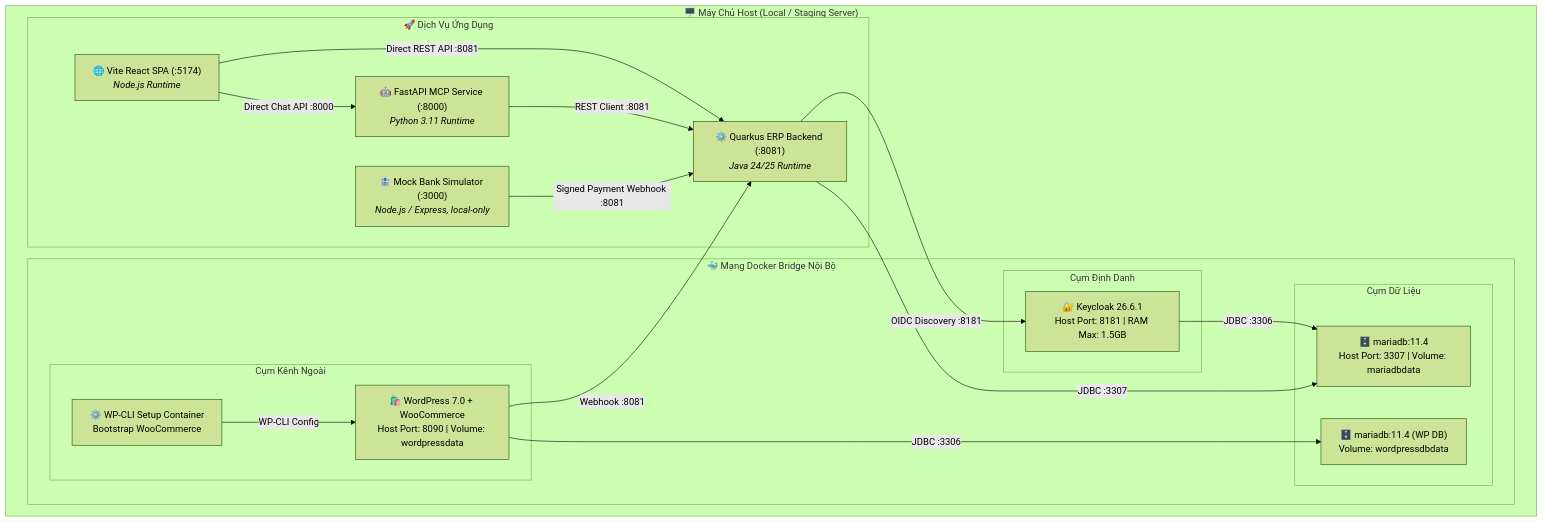
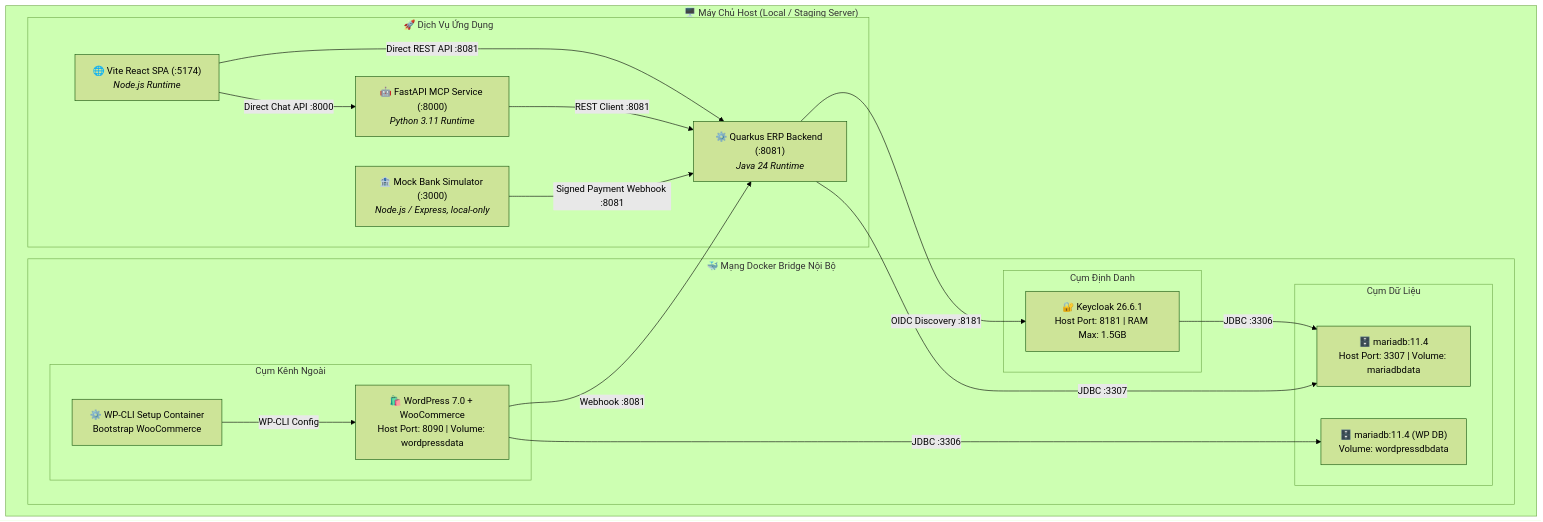
One commit to nhimtjofc/v-erp-lite changed diagram 14 of 17 in docs/ARCHITECTURE_ARC42.md. Above: the diagram before and after it, drawn with Mermaid (forest theme). The commit also changed other lines of this file, not shown here.

Commit message:
sửa lại diagram cho từng luồng

````diff
--- a/docs/ARCHITECTURE_ARC42.md
+++ b/docs/ARCHITECTURE_ARC42.md
@@ -697,39 +697,39 @@
 ```mermaid
 flowchart TB
     subgraph HostServer ["🖥️ Máy Chủ Host (Local / Staging Server)"]
         subgraph DockerNet ["🐳 Mạng Docker Bridge Nội Bộ"]
             subgraph DataContainers ["Cụm Dữ Liệu"]
                 MDB["🗄️ mariadb:11.4<br>Host Port: 3307 | Volume: mariadbdata"]
                 WPDB["🗄️ mariadb:11.4 (WP DB)<br>Volume: wordpressdbdata"]
             end
 
             subgraph AuthContainers ["Cụm Định Danh"]
                 KC["🔐 Keycloak 26.6.1<br>Host Port: 8181 | RAM Max: 1.5GB"]
             end
 
             subgraph WebContainers ["Cụm Kênh Ngoài"]
                 WP["🛍️ WordPress 7.0 + WooCommerce<br>Host Port: 8090 | Volume: wordpressdata"]
                 WPCli["⚙️ WP-CLI Setup Container<br>Bootstrap WooCommerce"]
             end
         end
 
         subgraph LocalApps ["🚀 Dịch Vụ Ứng Dụng"]
-            BE["⚙️ Quarkus ERP Backend (:8081)<br><i>Java 24/25 Runtime</i>"]
+            BE["⚙️ Quarkus ERP Backend (:8081)<br><i>Java 24 Runtime</i>"]
             FE["🌐 Vite React SPA (:5174)<br><i>Node.js Runtime</i>"]
             AI["🤖 FastAPI MCP Service (:8000)<br><i>Python 3.11 Runtime</i>"]
             MB["🏦 Mock Bank Simulator (:3000)<br><i>Node.js / Express, local-only</i>"]
         end
     end
 
     KC -->|"JDBC :3306"| MDB
     WP -->|"JDBC :3306"| WPDB
     WPCli -->|"WP-CLI Config"| WP
 
     BE -->|"JDBC :3307"| MDB
     BE -->|"OIDC Discovery :8181"| KC
     FE -->|"Direct REST API :8081"| BE
     FE -->|"Direct Chat API :8000"| AI
     AI -->|"REST Client :8081"| BE
     MB -->|"Signed Payment Webhook :8081"| BE
     WP -->|"Webhook :8081"| BE
 ```
````
